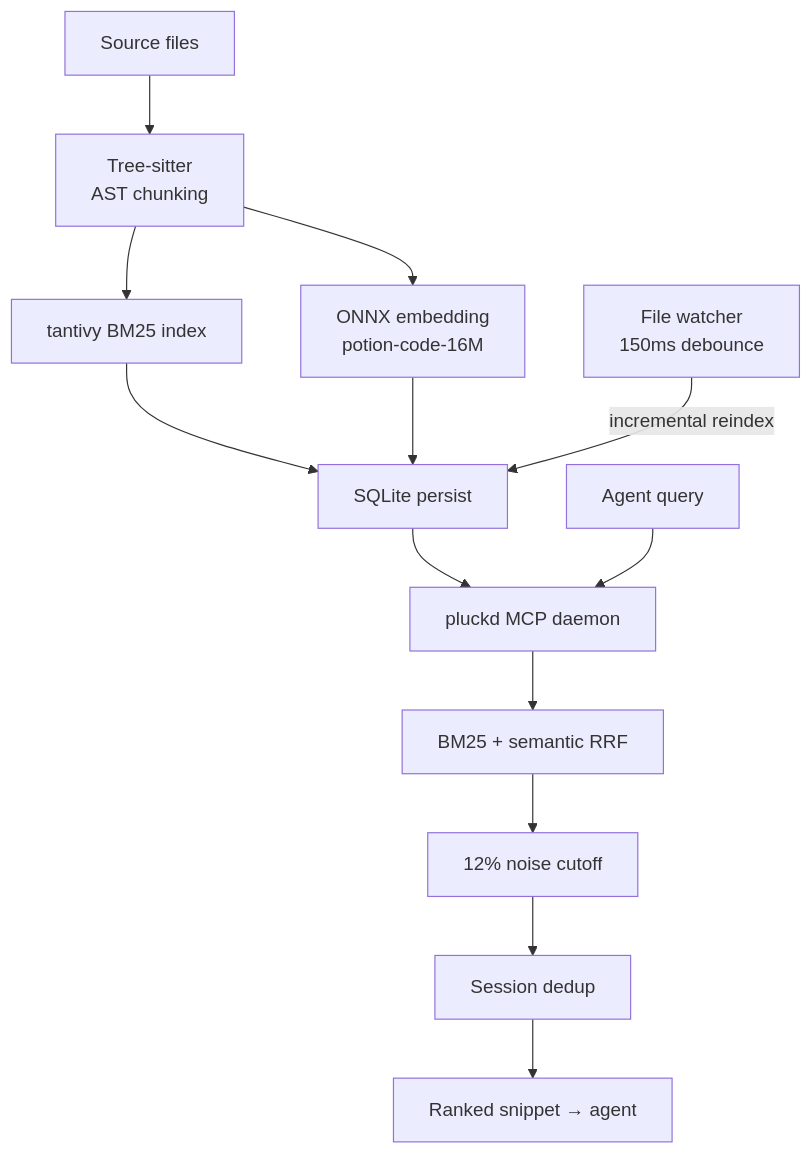
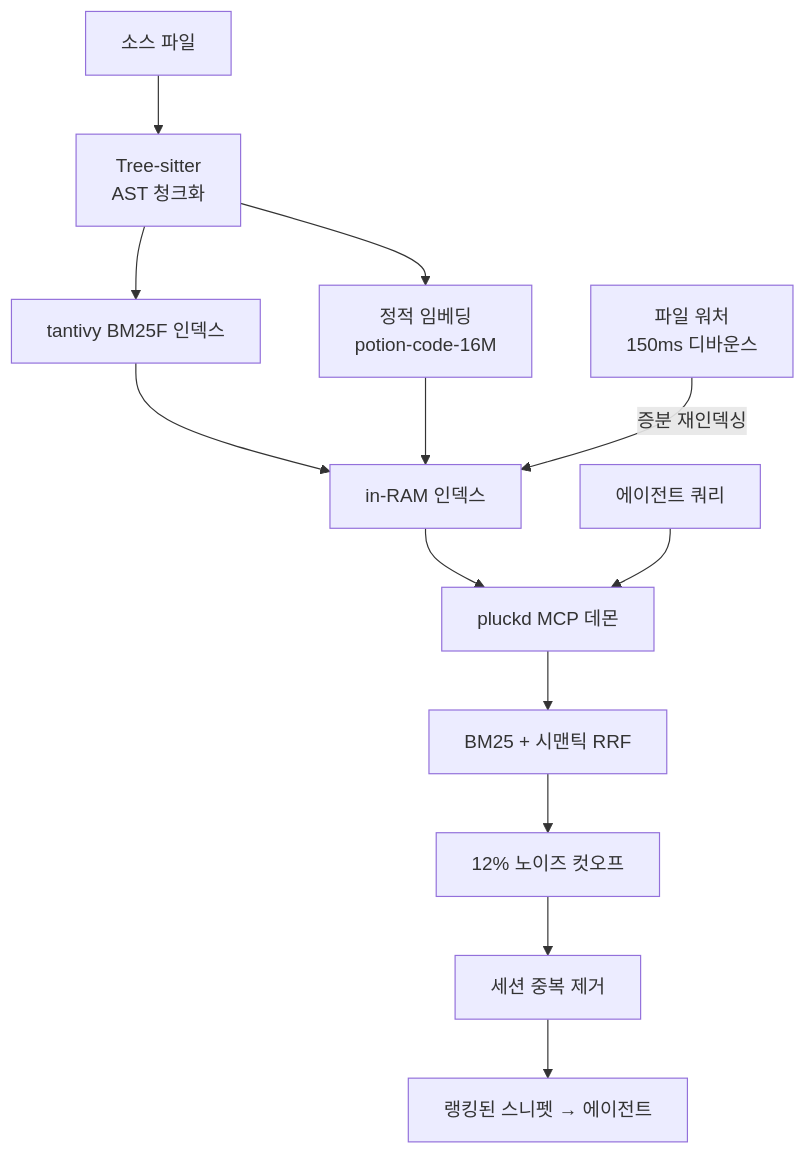
The first of 4 diagrams in README.ko.md (hunhee98/pluck), drawn with Mermaid before and after one commit. The commit also changed other lines of this file and 1 other file, not shown here.

````diff
--- a/README.ko.md
+++ b/README.ko.md
@@ -63,15 +68,15 @@
 ```mermaid
 flowchart TD
-  A[Source files] --> B[Tree-sitter\nAST chunking]
-  B --> C[tantivy BM25 index]
-  B --> D[ONNX embedding\npotion-code-16M]
-  C --> E[SQLite persist]
+  A[소스 파일] --> B[Tree-sitter\nAST 청크화]
+  B --> C[tantivy BM25F 인덱스]
+  B --> D[정적 임베딩\npotion-code-16M]
+  C --> E[in-RAM 인덱스]
   D --> E
-  E --> F[pluckd MCP daemon]
-  G[File watcher\n150ms debounce] -->|incremental reindex| E
-  H[Agent query] --> F
-  F --> I[BM25 + semantic RRF]
-  I --> J[12% noise cutoff]
-  J --> K[Session dedup]
-  K --> L[Ranked snippet → agent]
+  E --> F[pluckd MCP 데몬]
+  G[파일 워처\n150ms 디바운스] -->|증분 재인덱싱| E
+  H[에이전트 쿼리] --> F
+  F --> I[BM25 + 시맨틱 RRF]
+  I --> J[12% 노이즈 컷오프]
+  J --> K[세션 중복 제거]
+  K --> L[랭킹된 스니펫 → 에이전트]
 ```
````
